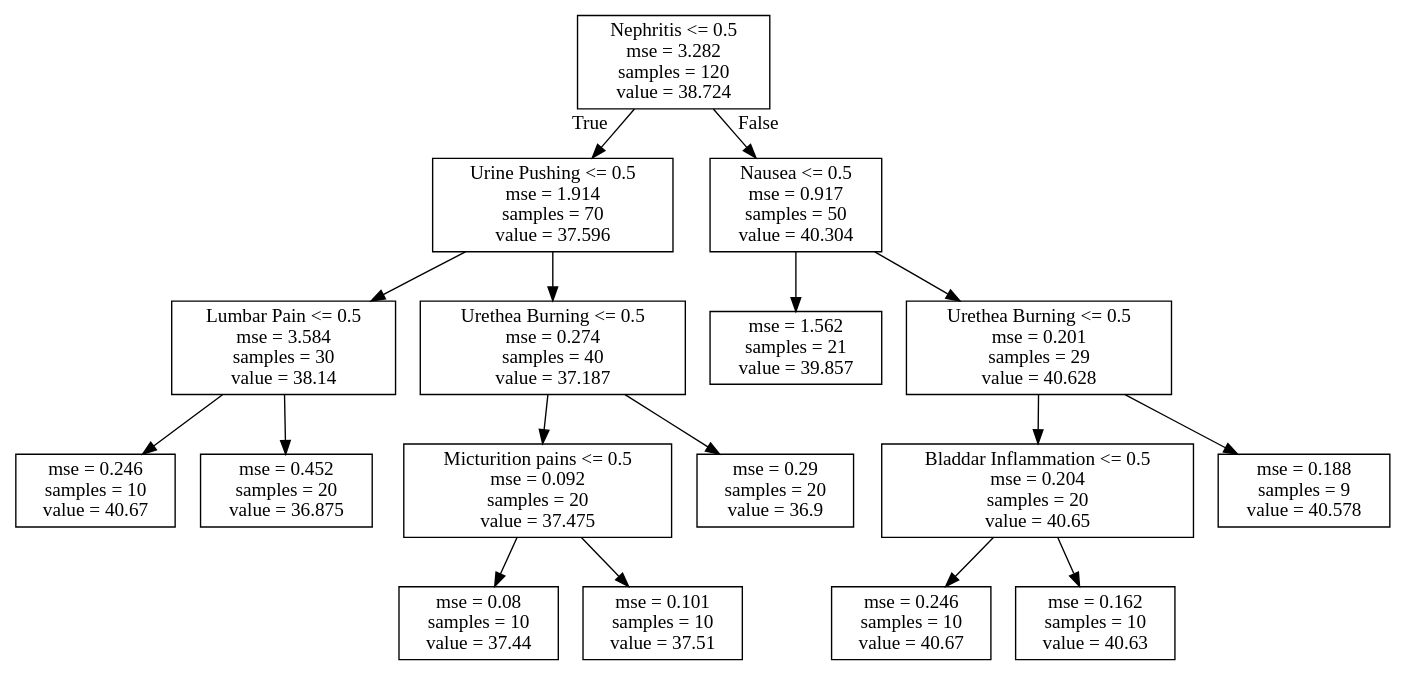
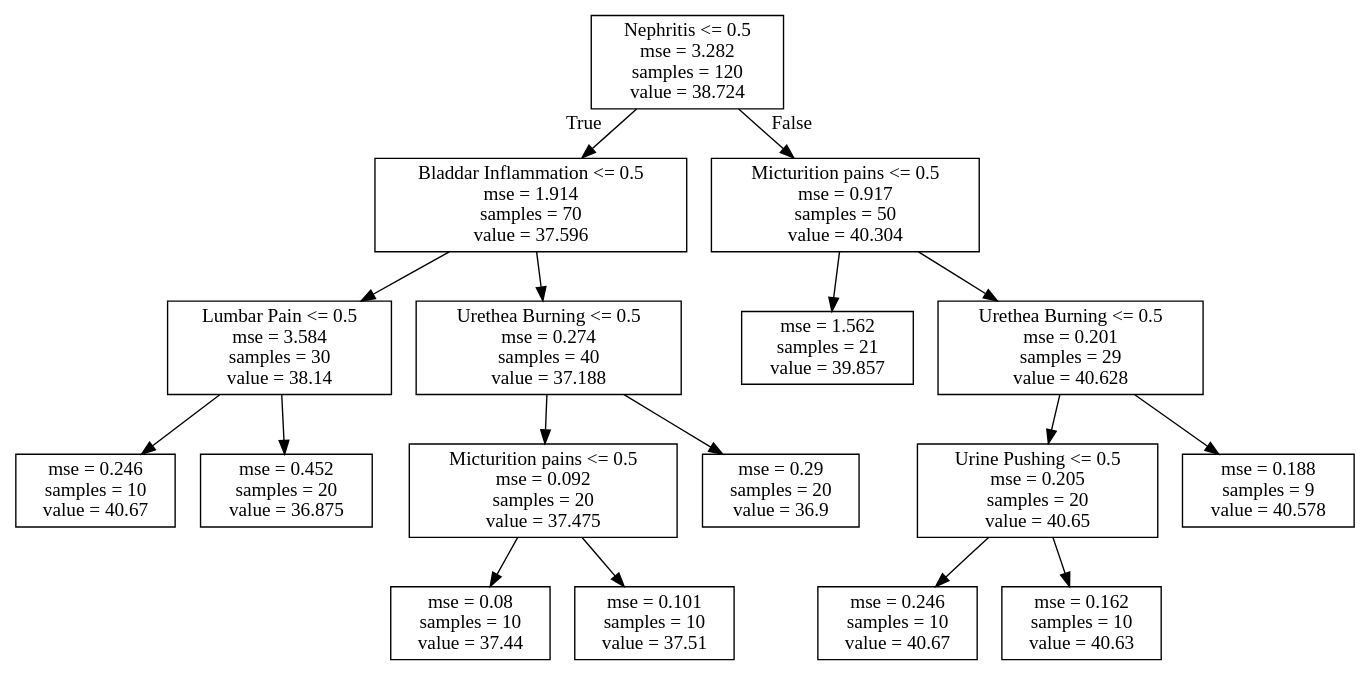
The diagram in Notebook/d_dt.dot (Miao-Long/hw5), drawn with Graphviz before and after one commit. The commit also changed 2 other files, not shown here.

```diff
--- a/Notebook/d_dt.dot
+++ b/Notebook/d_dt.dot
@@ -1,36 +1,36 @@
 digraph Tree {
 node [shape=box] ;
 0 [label="Nephritis <= 0.5\nmse = 3.282\nsamples = 120\nvalue = 38.724"] ;
-1 [label="Urine Pushing <= 0.5\nmse = 1.914\nsamples = 70\nvalue = 37.596"] ;
+1 [label="Bladdar Inflammation <= 0.5\nmse = 1.914\nsamples = 70\nvalue = 37.596"] ;
 0 -> 1 [labeldistance=2.5, labelangle=45, headlabel="True"] ;
 2 [label="Lumbar Pain <= 0.5\nmse = 3.584\nsamples = 30\nvalue = 38.14"] ;
 1 -> 2 ;
 3 [label="mse = 0.246\nsamples = 10\nvalue = 40.67"] ;
 2 -> 3 ;
 4 [label="mse = 0.452\nsamples = 20\nvalue = 36.875"] ;
 2 -> 4 ;
-5 [label="Urethea Burning <= 0.5\nmse = 0.274\nsamples = 40\nvalue = 37.187"] ;
+5 [label="Urethea Burning <= 0.5\nmse = 0.274\nsamples = 40\nvalue = 37.188"] ;
 1 -> 5 ;
 6 [label="Micturition pains <= 0.5\nmse = 0.092\nsamples = 20\nvalue = 37.475"] ;
 5 -> 6 ;
 7 [label="mse = 0.08\nsamples = 10\nvalue = 37.44"] ;
 6 -> 7 ;
 8 [label="mse = 0.101\nsamples = 10\nvalue = 37.51"] ;
 6 -> 8 ;
 9 [label="mse = 0.29\nsamples = 20\nvalue = 36.9"] ;
 5 -> 9 ;
-10 [label="Nausea <= 0.5\nmse = 0.917\nsamples = 50\nvalue = 40.304"] ;
+10 [label="Micturition pains <= 0.5\nmse = 0.917\nsamples = 50\nvalue = 40.304"] ;
 0 -> 10 [labeldistance=2.5, labelangle=-45, headlabel="False"] ;
 11 [label="mse = 1.562\nsamples = 21\nvalue = 39.857"] ;
 10 -> 11 ;
 12 [label="Urethea Burning <= 0.5\nmse = 0.201\nsamples = 29\nvalue = 40.628"] ;
 10 -> 12 ;
-13 [label="Bladdar Inflammation <= 0.5\nmse = 0.204\nsamples = 20\nvalue = 40.65"] ;
+13 [label="Urine Pushing <= 0.5\nmse = 0.205\nsamples = 20\nvalue = 40.65"] ;
 12 -> 13 ;
 14 [label="mse = 0.246\nsamples = 10\nvalue = 40.67"] ;
 13 -> 14 ;
 15 [label="mse = 0.162\nsamples = 10\nvalue = 40.63"] ;
 13 -> 15 ;
 16 [label="mse = 0.188\nsamples = 9\nvalue = 40.578"] ;
 12 -> 16 ;
 }
```
